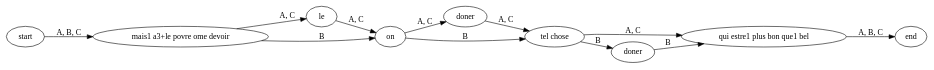
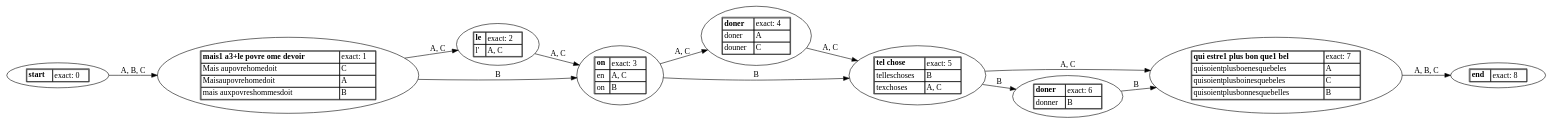
Before and after one commit to LucenceIng/biblissimaAtelierAlignement: the diagram in collation/002_collation_json/Digraph.gv, drawn with Graphviz. The commit also changed 212 other files, not shown here.

```diff
--- a/collation/002_collation_json/Digraph.gv
+++ b/collation/002_collation_json/Digraph.gv
@@ -1,59 +1,59 @@
 digraph {
 	graph [rankdir=LR]
-	1 [label=start]
-	2 [label=end]
-	3 [label="mais1 a3+le povre ome devoir"]
-	4 [label=le]
-	5 [label=on]
-	6 [label=doner]
-	7 [label="tel chose"]
-	8 [label="qui estre1 plus bon que1 bel"]
-	9 [label=doner]
+	1 [label=<<TABLE CELLSPACING="0"><TR><TD ALIGN='LEFT'><B>start</B></TD><TD ALIGN='LEFT'>exact: 0</TD></TR></TABLE>>]
+	2 [label=<<TABLE CELLSPACING="0"><TR><TD ALIGN='LEFT'><B>end</B></TD><TD ALIGN='LEFT'>exact: 8</TD></TR></TABLE>>]
+	3 [label=<<TABLE CELLSPACING="0"><TR><TD ALIGN='LEFT'><B>mais1 a3+le povre ome devoir</B></TD><TD ALIGN='LEFT'>exact: 1</TD></TR><TR><TD ALIGN='LEFT'><FONT FACE='Bukyvede'>Mais aupovrehomedoit</FONT></TD><TD ALIGN='LEFT'>C</TD></TR><TR><TD ALIGN='LEFT'><FONT FACE='Bukyvede'>Maisaupovrehomedoit</FONT></TD><TD ALIGN='LEFT'>A</TD></TR><TR><TD ALIGN='LEFT'><FONT FACE='Bukyvede'>mais auxpovreshommesdoit</FONT></TD><TD ALIGN='LEFT'>B</TD></TR></TABLE>>]
+	4 [label=<<TABLE CELLSPACING="0"><TR><TD ALIGN='LEFT'><B>le</B></TD><TD ALIGN='LEFT'>exact: 2</TD></TR><TR><TD ALIGN='LEFT'><FONT FACE='Bukyvede'>l'</FONT></TD><TD ALIGN='LEFT'>A, C</TD></TR></TABLE>>]
+	5 [label=<<TABLE CELLSPACING="0"><TR><TD ALIGN='LEFT'><B>on</B></TD><TD ALIGN='LEFT'>exact: 3</TD></TR><TR><TD ALIGN='LEFT'><FONT FACE='Bukyvede'>en</FONT></TD><TD ALIGN='LEFT'>A, C</TD></TR><TR><TD ALIGN='LEFT'><FONT FACE='Bukyvede'>on</FONT></TD><TD ALIGN='LEFT'>B</TD></TR></TABLE>>]
+	6 [label=<<TABLE CELLSPACING="0"><TR><TD ALIGN='LEFT'><B>doner</B></TD><TD ALIGN='LEFT'>exact: 4</TD></TR><TR><TD ALIGN='LEFT'><FONT FACE='Bukyvede'>doner</FONT></TD><TD ALIGN='LEFT'>A</TD></TR><TR><TD ALIGN='LEFT'><FONT FACE='Bukyvede'>douner</FONT></TD><TD ALIGN='LEFT'>C</TD></TR></TABLE>>]
+	7 [label=<<TABLE CELLSPACING="0"><TR><TD ALIGN='LEFT'><B>tel chose</B></TD><TD ALIGN='LEFT'>exact: 5</TD></TR><TR><TD ALIGN='LEFT'><FONT FACE='Bukyvede'>telleschoses</FONT></TD><TD ALIGN='LEFT'>B</TD></TR><TR><TD ALIGN='LEFT'><FONT FACE='Bukyvede'>texchoses</FONT></TD><TD ALIGN='LEFT'>A, C</TD></TR></TABLE>>]
+	8 [label=<<TABLE CELLSPACING="0"><TR><TD ALIGN='LEFT'><B>qui estre1 plus bon que1 bel</B></TD><TD ALIGN='LEFT'>exact: 7</TD></TR><TR><TD ALIGN='LEFT'><FONT FACE='Bukyvede'>quisoientplusboenesquebeles</FONT></TD><TD ALIGN='LEFT'>A</TD></TR><TR><TD ALIGN='LEFT'><FONT FACE='Bukyvede'>quisoientplusboinesquebeles</FONT></TD><TD ALIGN='LEFT'>C</TD></TR><TR><TD ALIGN='LEFT'><FONT FACE='Bukyvede'>quisoientplusbonnesquebelles</FONT></TD><TD ALIGN='LEFT'>B</TD></TR></TABLE>>]
+	9 [label=<<TABLE CELLSPACING="0"><TR><TD ALIGN='LEFT'><B>doner</B></TD><TD ALIGN='LEFT'>exact: 6</TD></TR><TR><TD ALIGN='LEFT'><FONT FACE='Bukyvede'>donner</FONT></TD><TD ALIGN='LEFT'>B</TD></TR></TABLE>>]
 	1 -> 3 [label="A, B, C"]
 	3 -> 4 [label="A, C"]
 	3 -> 5 [label=B]
 	4 -> 5 [label="A, C"]
 	5 -> 6 [label="A, C"]
 	5 -> 7 [label=B]
 	6 -> 7 [label="A, C"]
 	7 -> 8 [label="A, C"]
 	7 -> 9 [label=B]
 	8 -> 2 [label="A, B, C"]
 	9 -> 8 [label=B]
 	{
 		graph [rank=same]
 		1
 	}
 	{
 		graph [rank=same]
 		3
 	}
 	{
 		graph [rank=same]
 		4
 	}
 	{
 		graph [rank=same]
 		5
 	}
 	{
 		graph [rank=same]
 		6
 	}
 	{
 		graph [rank=same]
 		7
 	}
 	{
 		graph [rank=same]
 		9
 	}
 	{
 		graph [rank=same]
 		8
 	}
 	{
 		graph [rank=same]
 		2
 	}
 }
```
